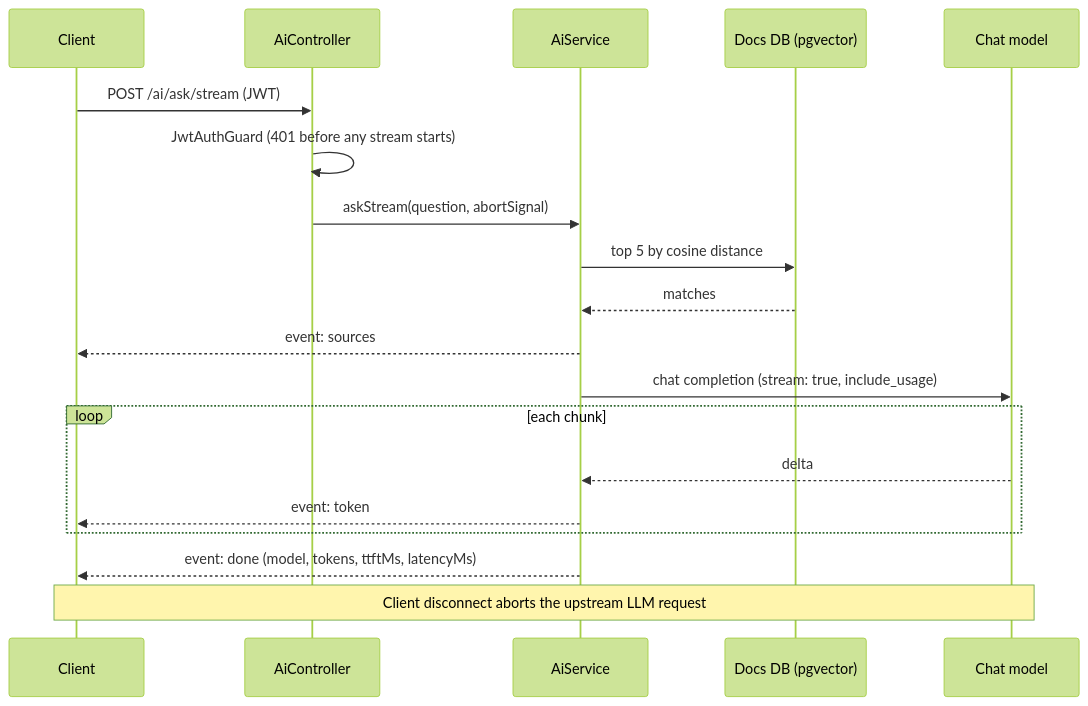
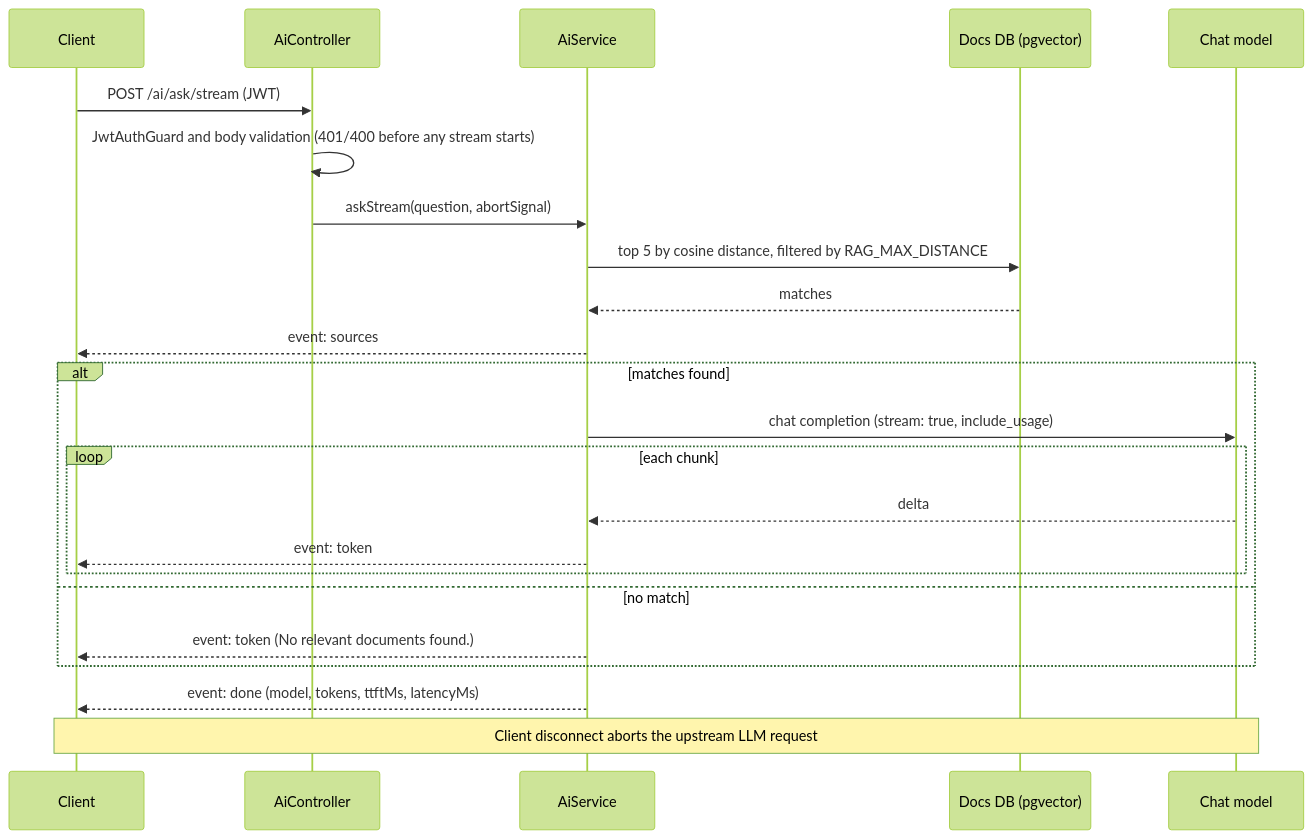
The third of 3 diagrams in docs/architecture.md (sajibsarker-1104003/nest-rag-service), drawn with Mermaid (forest theme) before and after one commit. The commit also changed other lines of this file and 12 other files, not shown here.

````diff
--- a/docs/architecture.md
+++ b/docs/architecture.md
@@ -57,21 +64,25 @@
 ```mermaid
 sequenceDiagram
   participant C as Client
   participant K as AiController
   participant A as AiService
   participant D as Docs DB (pgvector)
   participant L as Chat model
   C->>K: POST /ai/ask/stream (JWT)
-  K->>K: JwtAuthGuard (401 before any stream starts)
+  K->>K: JwtAuthGuard and body validation (401/400 before any stream starts)
   K->>A: askStream(question, abortSignal)
-  A->>D: top 5 by cosine distance
+  A->>D: top 5 by cosine distance, filtered by RAG_MAX_DISTANCE
   D-->>A: matches
   A-->>C: event: sources
-  A->>L: chat completion (stream: true, include_usage)
-  loop each chunk
-    L-->>A: delta
-    A-->>C: event: token
+  alt matches found
+    A->>L: chat completion (stream: true, include_usage)
+    loop each chunk
+      L-->>A: delta
+      A-->>C: event: token
+    end
+  else no match
+    A-->>C: event: token (No relevant documents found.)
   end
   A-->>C: event: done (model, tokens, ttftMs, latencyMs)
   Note over C,L: Client disconnect aborts the upstream LLM request
 ```
````
